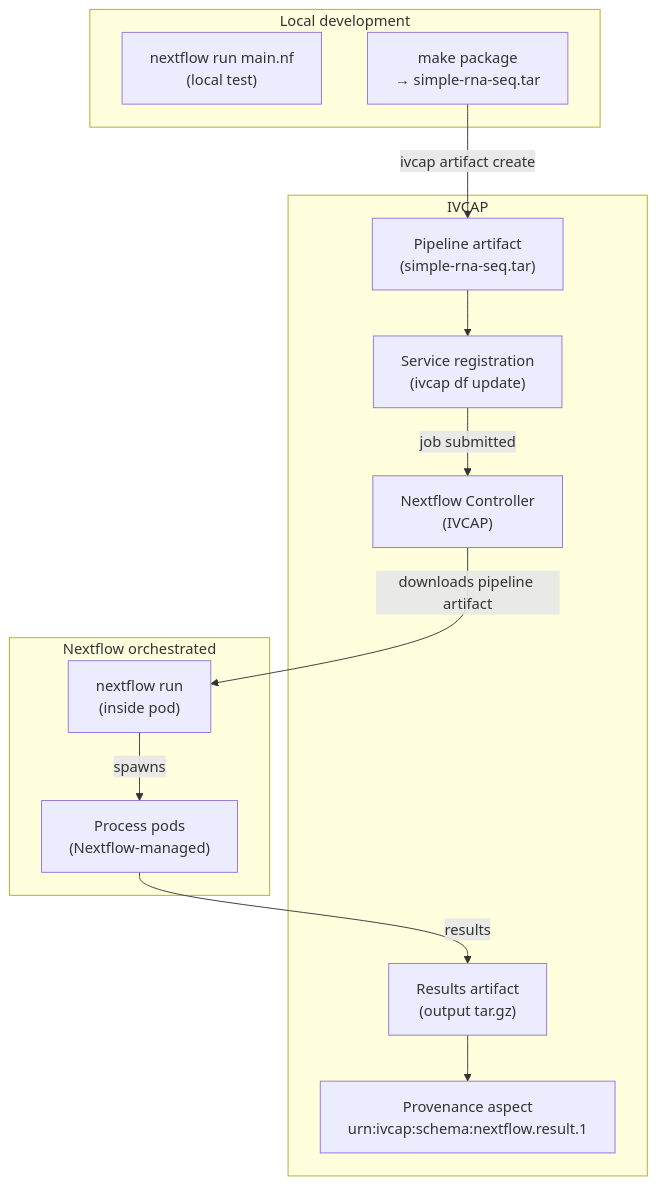
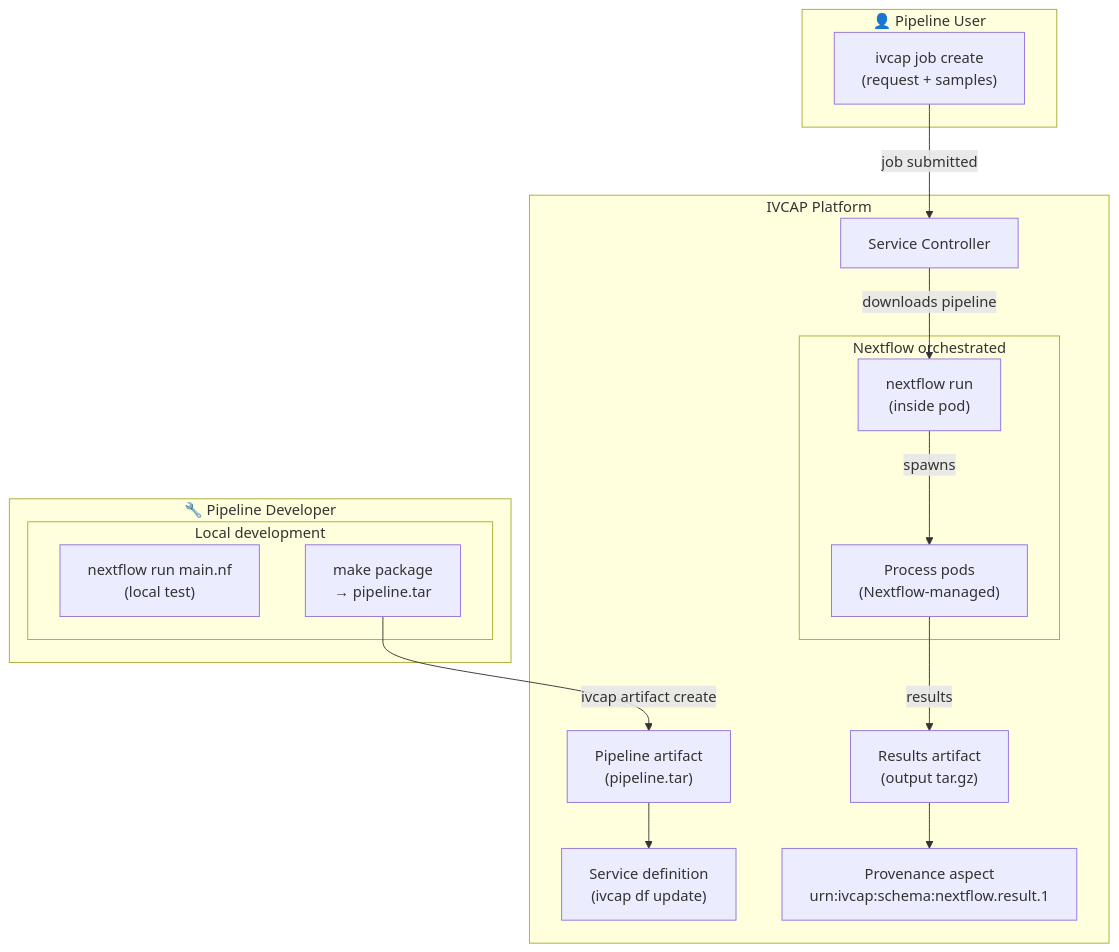
Before and after one commit to ivcap-works/ivcap-docs: the first of 2 diagrams in docs/guides/nextflow/index.md, drawn with Mermaid.

Commit message:
docs(nextflow): restructure architecture diagram with Developer/User lanes, nest Nextflow orchestrated inside IVCAP, rename to Service Controller

````diff
--- a/docs/guides/nextflow/index.md
+++ b/docs/guides/nextflow/index.md
@@ -50,28 +50,34 @@
 ```mermaid
 flowchart TD
-    subgraph Local["Local development"]
-        NF["nextflow run main.nf\n(local test)"]
-        PKG["make package\n→ simple-rna-seq.tar"]
+    subgraph Developer["🔧 Pipeline Developer"]
+        subgraph Local["Local development"]
+            NF["nextflow run main.nf\n(local test)"]
+            PKG["make package\n→ pipeline.tar"]
+        end
     end
 
-    subgraph IVCAP
-        ART["Pipeline artifact\n(simple-rna-seq.tar)"]
-        SVC["Service registration\n(ivcap df update)"]
-        CTL["Nextflow Controller\n(IVCAP)"]
+    subgraph User["👤 Pipeline User"]
+        REQ["ivcap job create\n(request + samples)"]
+    end
+
+    subgraph IVCAP["IVCAP Platform"]
+        ART["Pipeline artifact\n(pipeline.tar)"]
+        SVC["Service definition\n(ivcap df update)"]
+        CTL["Service Controller"]
         RES["Results artifact\n(output tar.gz)"]
         PRV["Provenance aspect\nurn:ivcap:schema:nextflow.result.1"]
-    end
 
-    subgraph K8s["Nextflow orchestrated"]
-        RUN["nextflow run\n(inside pod)"]
-        PROC["Process pods\n(Nextflow-managed)"]
+        subgraph NFO["Nextflow orchestrated"]
+            RUN["nextflow run\n(inside pod)"]
+            PROC["Process pods\n(Nextflow-managed)"]
+        end
     end
 
     PKG -->|ivcap artifact create| ART
     ART --> SVC
-    SVC -->|job submitted| CTL
-    CTL -->|downloads pipeline artifact| RUN
+    REQ -->|job submitted| CTL
+    CTL -->|downloads pipeline| RUN
     RUN -->|spawns| PROC
     PROC -->|results| RES
     RES --> PRV
 ```
````
